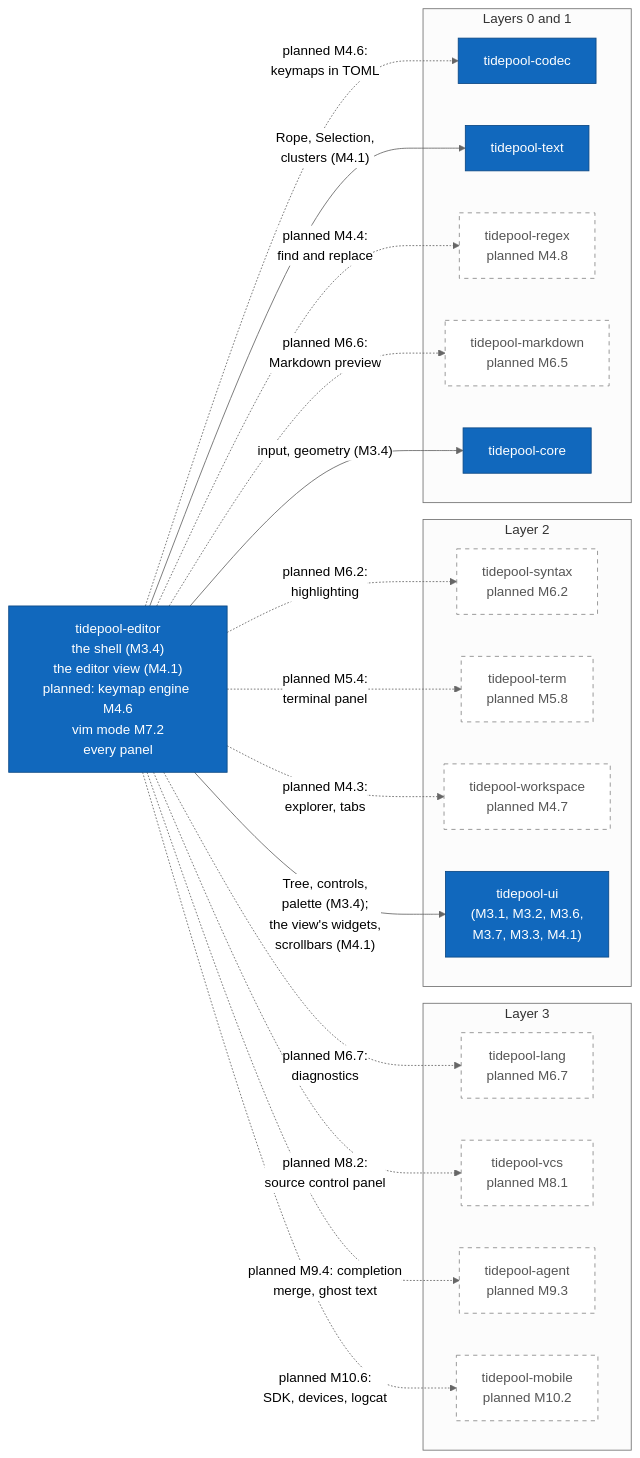
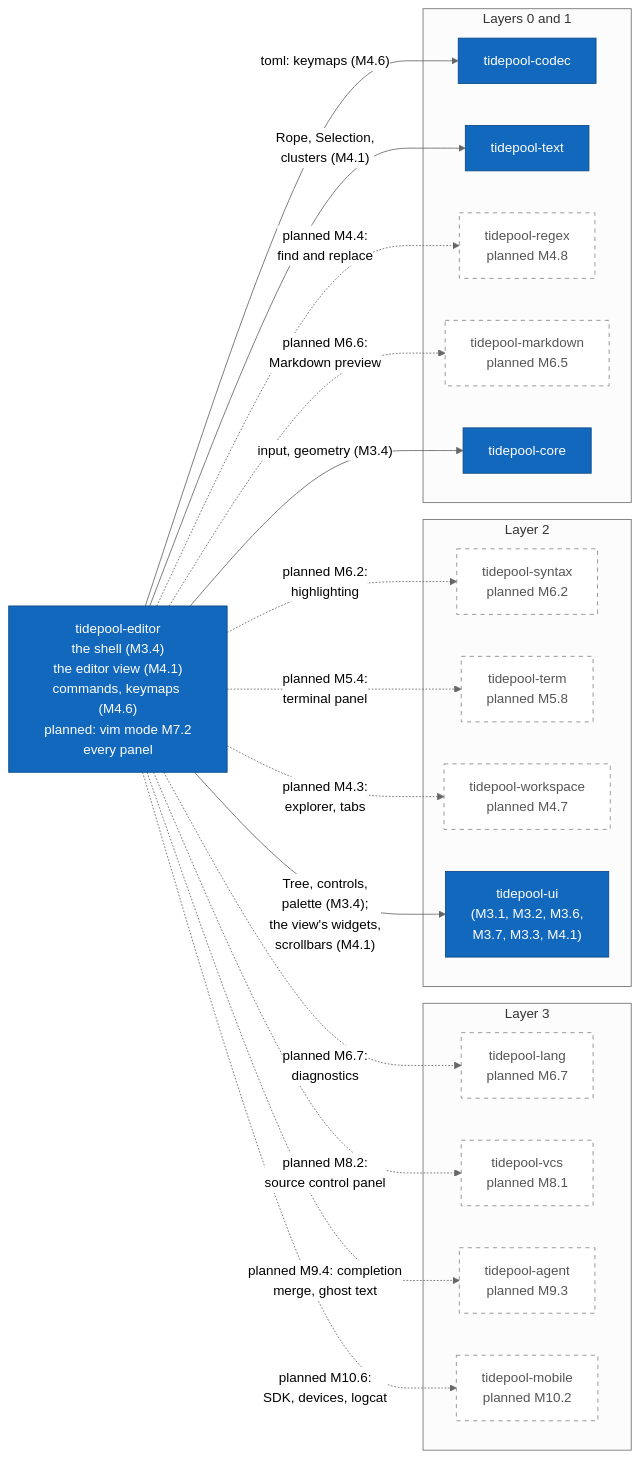
Before and after one commit to jabbott-iii/Tidepool: the ninth of 17 diagrams in diagrams/c4-architecture.md, drawn with Mermaid (neutral theme). The commit also changed other lines of this file and 41 other files, not shown here.

````diff
--- a/diagrams/c4-architecture.md
+++ b/diagrams/c4-architecture.md
@@ -492,43 +499,43 @@
 ```mermaid
 flowchart LR
-    k_editor["tidepool-editor<br/>the shell (M3.4)<br/>the editor view (M4.1)<br/>planned: keymap engine M4.6<br/>vim mode M7.2<br/>every panel"]
+    k_editor["tidepool-editor<br/>the shell (M3.4)<br/>the editor view (M4.1)<br/>commands, keymaps (M4.6)<br/>planned: vim mode M7.2<br/>every panel"]
 
     subgraph L3["Layer 3"]
         k_lang["tidepool-lang<br/>planned M6.7"]
         k_vcs["tidepool-vcs<br/>planned M8.1"]
         k_agent["tidepool-agent<br/>planned M9.3"]
         k_mobile["tidepool-mobile<br/>planned M10.2"]
     end
     subgraph L2["Layer 2"]
         k_syntax["tidepool-syntax<br/>planned M6.2"]
         k_term["tidepool-term<br/>planned M5.8"]
         k_workspace["tidepool-workspace<br/>planned M4.7"]
         k_ui["tidepool-ui<br/>(M3.1, M3.2, M3.6,<br/>M3.7, M3.3, M4.1)"]
     end
     subgraph L01["Layers 0 and 1"]
         k_codec["tidepool-codec"]
         k_text["tidepool-text"]
         k_regex["tidepool-regex<br/>planned M4.8"]
         k_markdown["tidepool-markdown<br/>planned M6.5"]
         k_core["tidepool-core"]
     end
 
     k_editor -->|"input, geometry (M3.4)"| k_core
     k_editor -->|"Rope, Selection,<br/>clusters (M4.1)"| k_text
     k_editor -->|"Tree, controls,<br/>palette (M3.4);<br/>the view's widgets,<br/>scrollbars (M4.1)"| k_ui
-    k_editor -.->|"planned M4.6:<br/>keymaps in TOML"| k_codec
+    k_editor -->|"toml: keymaps (M4.6)"| k_codec
     k_editor -.->|"planned M4.3:<br/>explorer, tabs"| k_workspace
     k_editor -.->|"planned M4.4:<br/>find and replace"| k_regex
     k_editor -.->|"planned M5.4:<br/>terminal panel"| k_term
     k_editor -.->|"planned M6.2:<br/>highlighting"| k_syntax
     k_editor -.->|"planned M6.7:<br/>diagnostics"| k_lang
     k_editor -.->|"planned M6.6:<br/>Markdown preview"| k_markdown
     k_editor -.->|"planned M8.2:<br/>source control panel"| k_vcs
     k_editor -.->|"planned M9.4: completion<br/>merge, ghost text"| k_agent
     k_editor -.->|"planned M10.6:<br/>SDK, devices, logcat"| k_mobile
 
     classDef built fill:#1168bd,stroke:#0b4884,color:#ffffff
     classDef planned fill:#ffffff,stroke:#888888,stroke-dasharray: 5 5,color:#555555
     class k_editor,k_codec,k_text,k_core,k_ui built
     class k_lang,k_vcs,k_agent,k_mobile,k_syntax,k_term,k_workspace,k_regex,k_markdown planned
 ```
````
